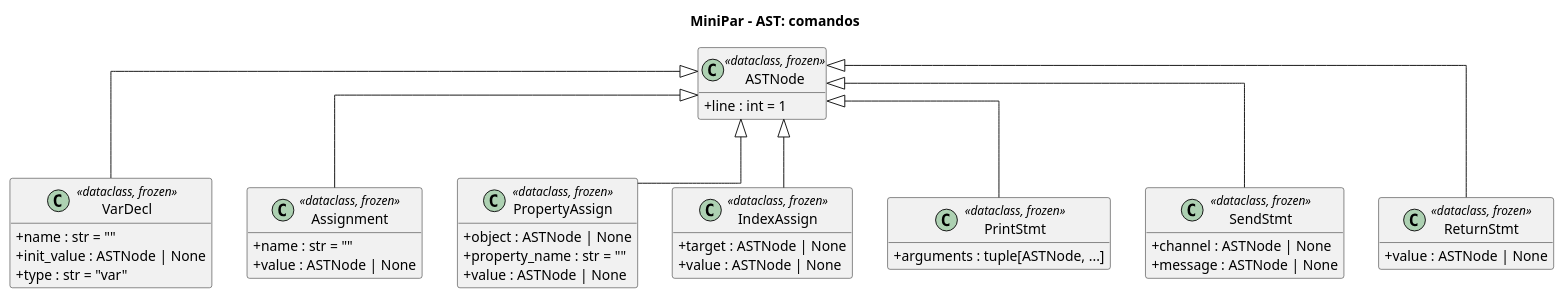
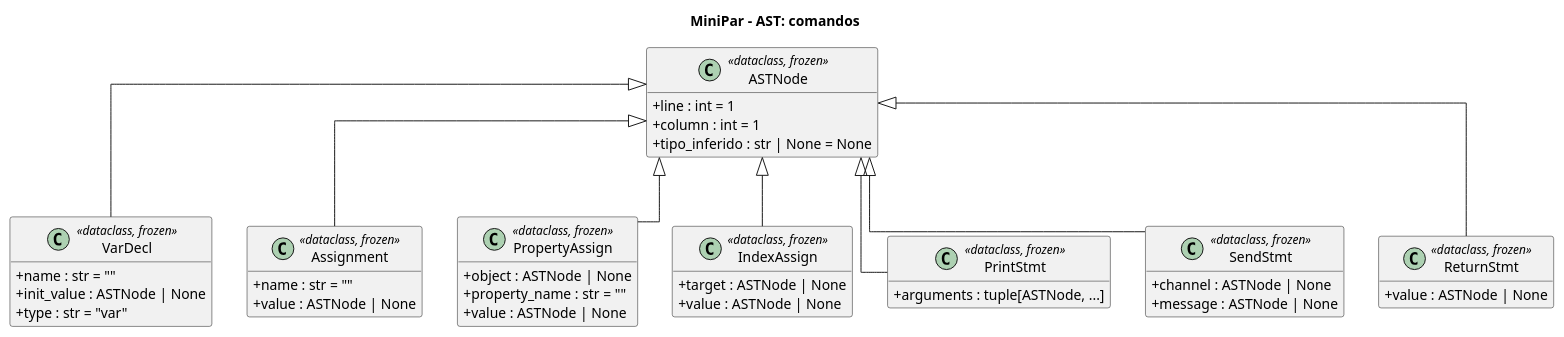
One commit to johnUFAL/minipar-improvement-2026.2 changed the diagram in docs/uml/ast_comandos.puml. Above: the diagram before and after it, drawn with PlantUML. The commit also changed 18 other files, not shown here.

```diff
--- a/docs/uml/ast_comandos.puml
+++ b/docs/uml/ast_comandos.puml
@@ -1,50 +1,52 @@
 @startuml ast_comandos
 title MiniPar - AST: comandos
 
 skinparam classAttributeIconSize 0
 skinparam shadowing false
 skinparam linetype ortho
 skinparam packageStyle rectangle
 hide empty members
 
 class ASTNode <<dataclass, frozen>> {
   +line : int = 1
+  +column : int = 1
+  +tipo_inferido : str | None = None
 }
 
 class VarDecl <<dataclass, frozen>> {
   +name : str = ""
   +init_value : ASTNode | None
   +type : str = "var"
 }
 class Assignment <<dataclass, frozen>> {
   +name : str = ""
   +value : ASTNode | None
 }
 class PropertyAssign <<dataclass, frozen>> {
   +object : ASTNode | None
   +property_name : str = ""
   +value : ASTNode | None
 }
 class IndexAssign <<dataclass, frozen>> {
   +target : ASTNode | None
   +value : ASTNode | None
 }
 class PrintStmt <<dataclass, frozen>> {
   +arguments : tuple[ASTNode, ...]
 }
 class SendStmt <<dataclass, frozen>> {
   +channel : ASTNode | None
   +message : ASTNode | None
 }
 class ReturnStmt <<dataclass, frozen>> {
   +value : ASTNode | None
 }
 
 ASTNode <|-- VarDecl
 ASTNode <|-- Assignment
 ASTNode <|-- PropertyAssign
 ASTNode <|-- IndexAssign
 ASTNode <|-- PrintStmt
 ASTNode <|-- SendStmt
 ASTNode <|-- ReturnStmt
 @enduml
```
